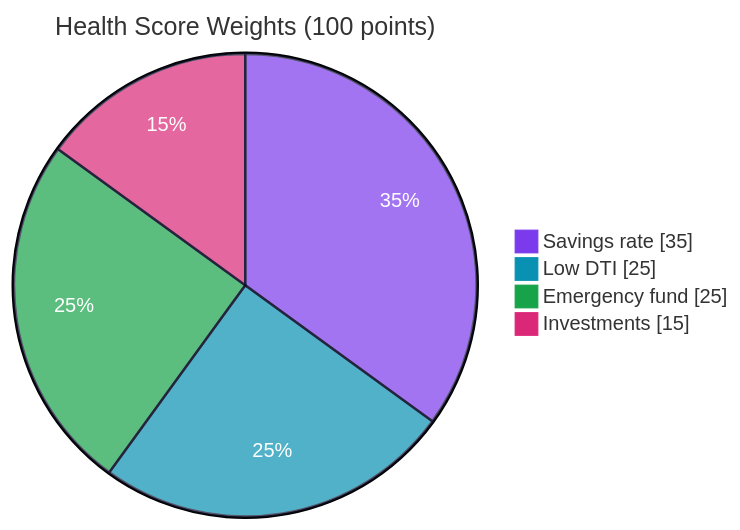
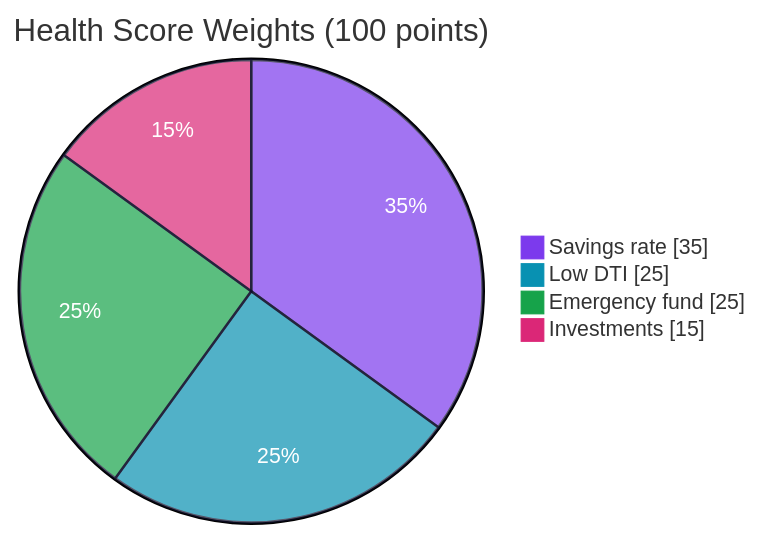
Before and after one commit to Mansi232323/MANSHORA: the ninth of 17 diagrams in README.md, drawn with Mermaid. The commit also changed other lines of this file, not shown here.

````diff
--- a/README.md
+++ b/README.md
@@ -238,8 +331,8 @@
 ```mermaid
-%%{init: {'theme':'base','themeVariables':{'fontSize':'16px','fontFamily':'Arial, Helvetica, sans-serif','pieTitleTextSize':'20px','pieSectionTextSize':'16px','pieLegendTextSize':'16px','pie1':'#7c3aed','pie2':'#0891b2','pie3':'#16a34a','pie4':'#db2777','pieSectionTextColor':'#ffffff','pieStrokeColor':'#0f0f2b','pieStrokeWidth':'2px'}}}%%
+%%{init: {'theme':'base','themeVariables':{'fontSize':'15px','fontFamily':'Arial, Helvetica, sans-serif','pie1':'#7c3aed','pie2':'#0891b2','pie3':'#16a34a','pie4':'#db2777','pieSectionTextColor':'#ffffff','pieStrokeColor':'#0f0f2b','pieStrokeWidth':'2px'}}}%%
 pie showData title Health Score Weights (100 points)
     "Savings rate" : 35
     "Low DTI" : 25
     "Emergency fund" : 25
     "Investments" : 15
 ```
````
